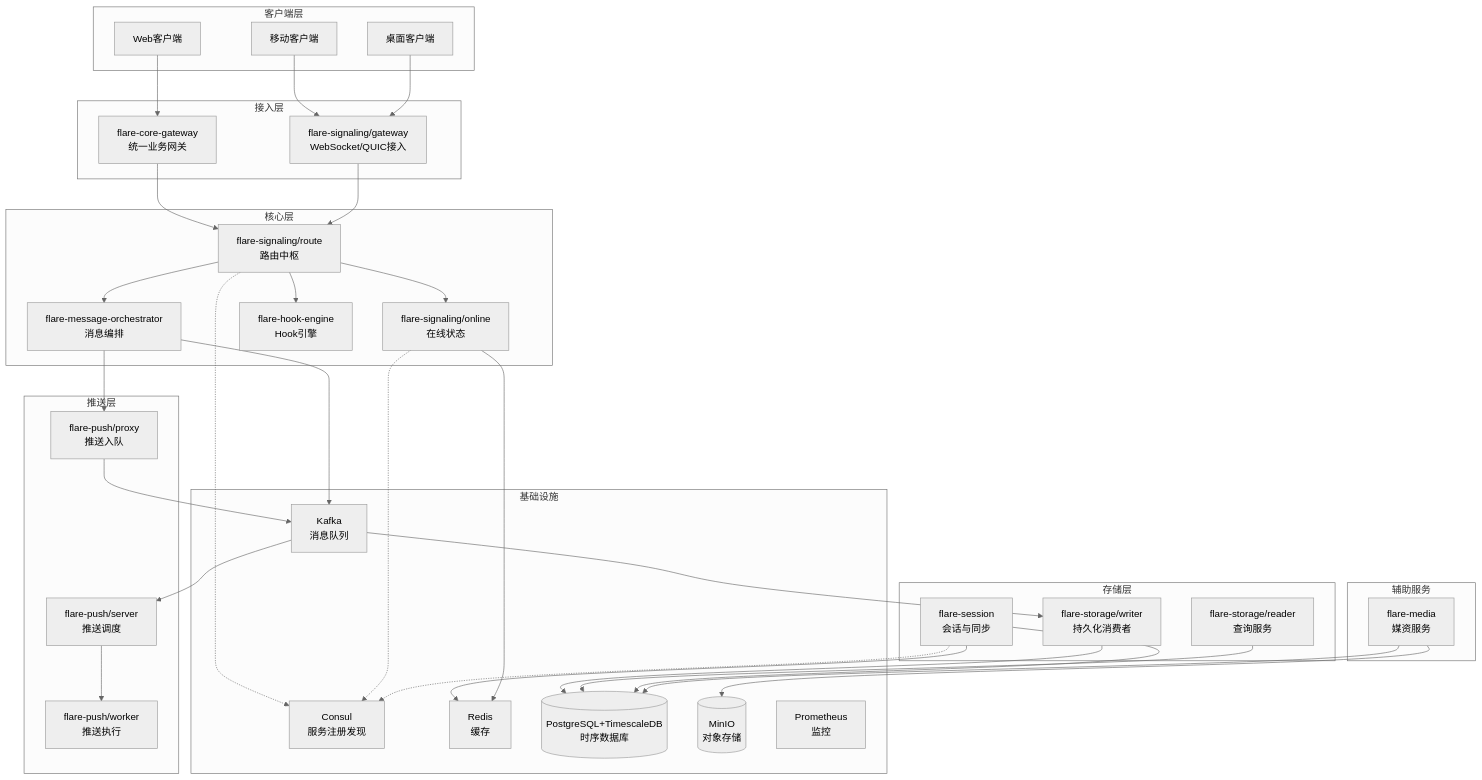
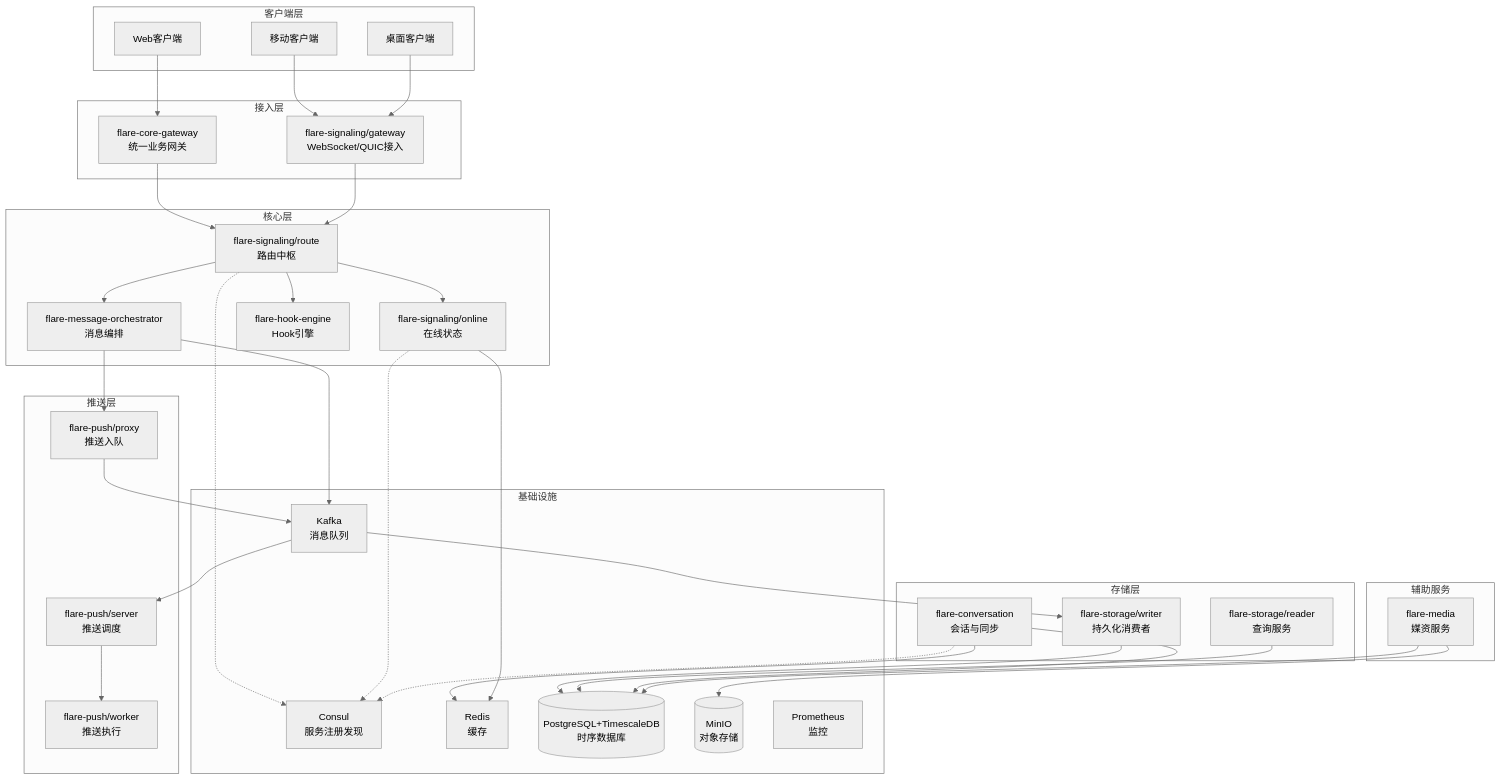
Before and after one commit to flare152/flare-im-core: the diagram in README.md, drawn with Mermaid (neutral theme). The commit also changed other lines of this file and 252 other files, not shown here.

````diff
--- a/README.md
+++ b/README.md
@@ -30,77 +30,77 @@
 ```mermaid
 graph TB
     subgraph "客户端层"
         Web[Web客户端]
         Mobile[移动客户端]
         Desktop[桌面客户端]
     end
 
     subgraph "接入层"
         CoreGW[flare-core-gateway<br/>统一业务网关]
         SignalingGW[flare-signaling/gateway<br/>WebSocket/QUIC接入]
     end
 
     subgraph "核心层"
         Route[flare-signaling/route<br/>路由中枢]
         Online[flare-signaling/online<br/>在线状态]
         Orchestrator[flare-message-orchestrator<br/>消息编排]
         HookEngine[flare-hook-engine<br/>Hook引擎]
     end
 
     subgraph "存储层"
         StorageWriter[flare-storage/writer<br/>持久化消费者]
         StorageReader[flare-storage/reader<br/>查询服务]
-        Session[flare-session<br/>会话与同步]
+        Conversation[flare-conversation<br/>会话与同步]
     end
 
     subgraph "推送层"
         PushProxy[flare-push/proxy<br/>推送入队]
         PushServer[flare-push/server<br/>推送调度]
         PushWorker[flare-push/worker<br/>推送执行]
     end
 
     subgraph "辅助服务"
         Media[flare-media<br/>媒资服务]
     end
 
     subgraph "基础设施"
         Consul[Consul<br/>服务注册发现]
         Kafka[Kafka<br/>消息队列]
         Redis[Redis<br/>缓存]
         PostgreSQL[(PostgreSQL+TimescaleDB<br/>时序数据库)]
         MinIO[(MinIO<br/>对象存储)]
         Prometheus[Prometheus<br/>监控]
     end
 
     Web --> CoreGW
     Mobile --> SignalingGW
     Desktop --> SignalingGW
 
     CoreGW --> Route
     SignalingGW --> Route
 
     Route --> Online
     Route --> Orchestrator
     Route --> HookEngine
 
     Orchestrator --> Kafka
     Kafka --> StorageWriter
     StorageWriter --> PostgreSQL
     StorageReader --> PostgreSQL
 
     Orchestrator --> PushProxy
     PushProxy --> Kafka
     Kafka --> PushServer
     PushServer --> PushWorker
 
-    Session --> Redis
-    Session --> PostgreSQL
+    Conversation --> Redis
+    Conversation --> PostgreSQL
     Online --> Redis
 
     Media --> MinIO
     Media --> PostgreSQL
 
     Route -.-> Consul
     Online -.-> Consul
-    Session -.-> Consul
+    Conversation -.-> Consul
 ```
````
